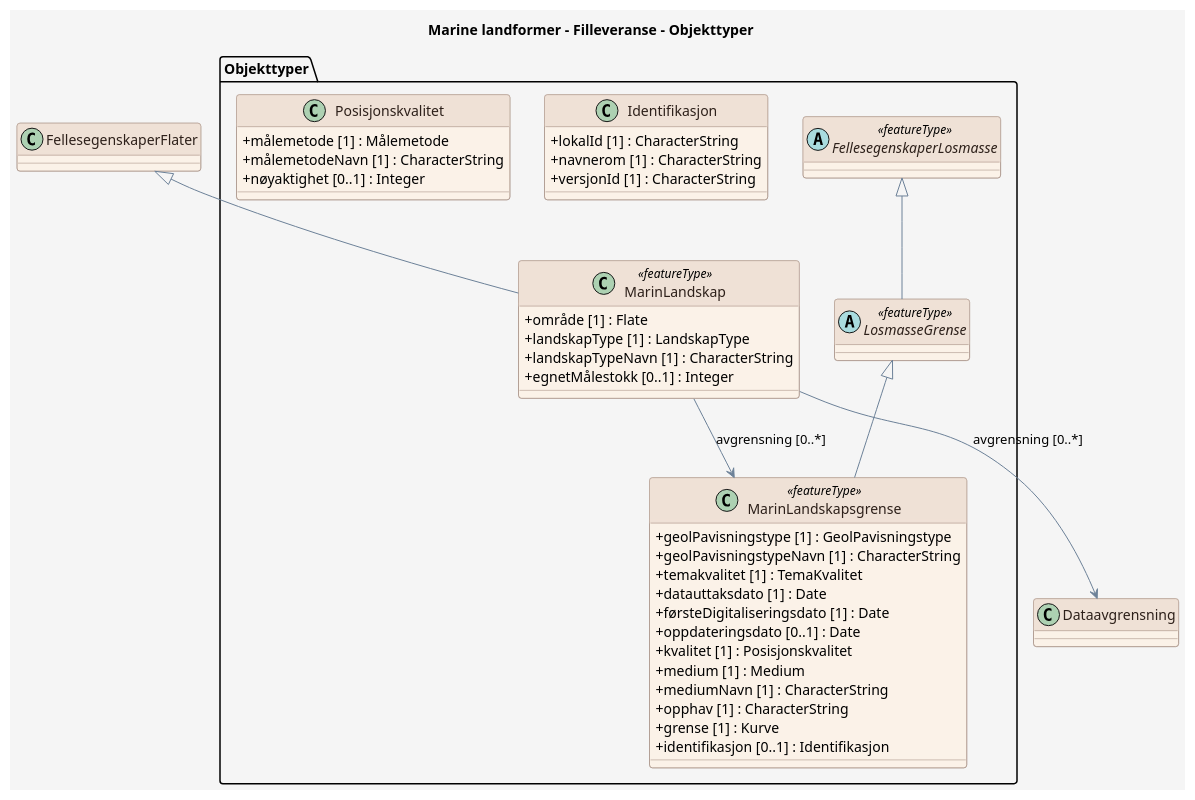
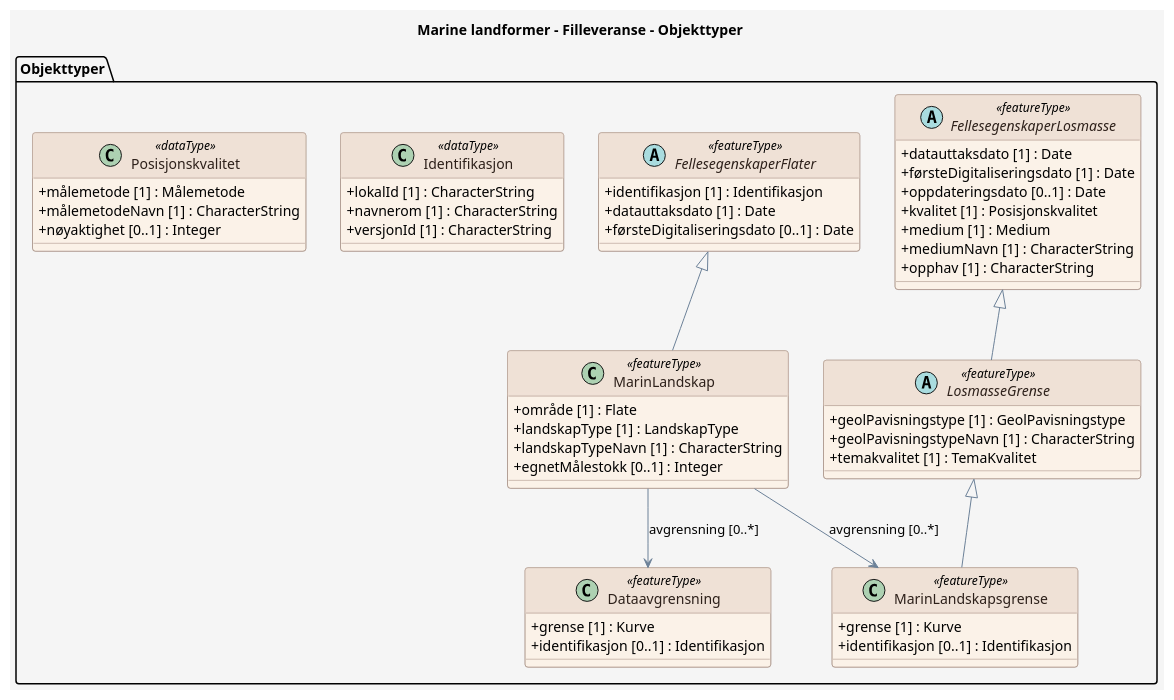
The diagram in produktspesifikasjon/marine-landskap/filleveranse/filleveranse_feature_catalogue.puml (larsingea/produktspesifikasjon_mal), drawn with PlantUML before and after one commit. The commit also changed 10 other files, not shown here.

```diff
--- a/produktspesifikasjon/marine-landskap/filleveranse/filleveranse_feature_catalogue.puml
+++ b/produktspesifikasjon/marine-landskap/filleveranse/filleveranse_feature_catalogue.puml
@@ -1,76 +1,85 @@
 @startuml
 title Marine landformer - Filleveranse - Objekttyper
 
 skinparam backgroundColor #F5F5F5
 skinparam shadowing false
 skinparam RoundCorner 6
 skinparam ArrowColor #6C8198
 skinparam class {
   BackgroundColor #FBF2E8
   BorderColor #9C8578
   FontColor #2D201A
   HeaderBackgroundColor #EFE1D6
   HeaderFontColor #2D201A
   AttributeIconSize 0
 }
 skinparam note {
   BackgroundColor #FFFFFF
   BorderColor #6C8198
   FontColor #2D201A
 }
 skinparam stereotypeCBackgroundColor #EAD9CE
 skinparam stereotypeCBorderColor #9C8578
 skinparam stereotypeCFontColor #2D201A
 
 package "Objekttyper" {
 
+  class Dataavgrensning <<featureType>> {
+    + grense [1] : Kurve
+    + identifikasjon [0..1] : Identifikasjon
+  }
+
   class MarinLandskapsgrense <<featureType>> {
-    + geolPavisningstype [1] : GeolPavisningstype
-    + geolPavisningstypeNavn [1] : CharacterString
-    + temakvalitet [1] : TemaKvalitet
-    + datauttaksdato [1] : Date
-    + førsteDigitaliseringsdato [1] : Date
-    + oppdateringsdato [0..1] : Date
-    + kvalitet [1] : Posisjonskvalitet
-    + medium [1] : Medium
-    + mediumNavn [1] : CharacterString
-    + opphav [1] : CharacterString
     + grense [1] : Kurve
     + identifikasjon [0..1] : Identifikasjon
   }
 
   class MarinLandskap <<featureType>> {
     + område [1] : Flate
     + landskapType [1] : LandskapType
     + landskapTypeNavn [1] : CharacterString
     + egnetMålestokk [0..1] : Integer
   }
 
   abstract class FellesegenskaperLosmasse <<featureType>> {
-    ' Ingen attributter
+    + datauttaksdato [1] : Date
+    + førsteDigitaliseringsdato [1] : Date
+    + oppdateringsdato [0..1] : Date
+    + kvalitet [1] : Posisjonskvalitet
+    + medium [1] : Medium
+    + mediumNavn [1] : CharacterString
+    + opphav [1] : CharacterString
   }
 
   abstract class LosmasseGrense <<featureType>> {
-    ' Ingen attributter
+    + geolPavisningstype [1] : GeolPavisningstype
+    + geolPavisningstypeNavn [1] : CharacterString
+    + temakvalitet [1] : TemaKvalitet
   }
 
-  class Identifikasjon {
+  abstract class FellesegenskaperFlater <<featureType>> {
+    + identifikasjon [1] : Identifikasjon
+    + datauttaksdato [1] : Date
+    + førsteDigitaliseringsdato [0..1] : Date
+  }
+
+  class Identifikasjon <<dataType>> {
     + lokalId [1] : CharacterString
     + navnerom [1] : CharacterString
     + versjonId [1] : CharacterString
   }
 
-  class Posisjonskvalitet {
+  class Posisjonskvalitet <<dataType>> {
     + målemetode [1] : Målemetode
     + målemetodeNavn [1] : CharacterString
     + nøyaktighet [0..1] : Integer
   }
 }
 
   LosmasseGrense <|-- MarinLandskapsgrense
   FellesegenskaperFlater <|-- MarinLandskap
   MarinLandskap --> Dataavgrensning : avgrensning [0..*]
   MarinLandskap --> MarinLandskapsgrense : avgrensning [0..*]
   FellesegenskaperLosmasse <|-- LosmasseGrense
 
 @enduml
```
